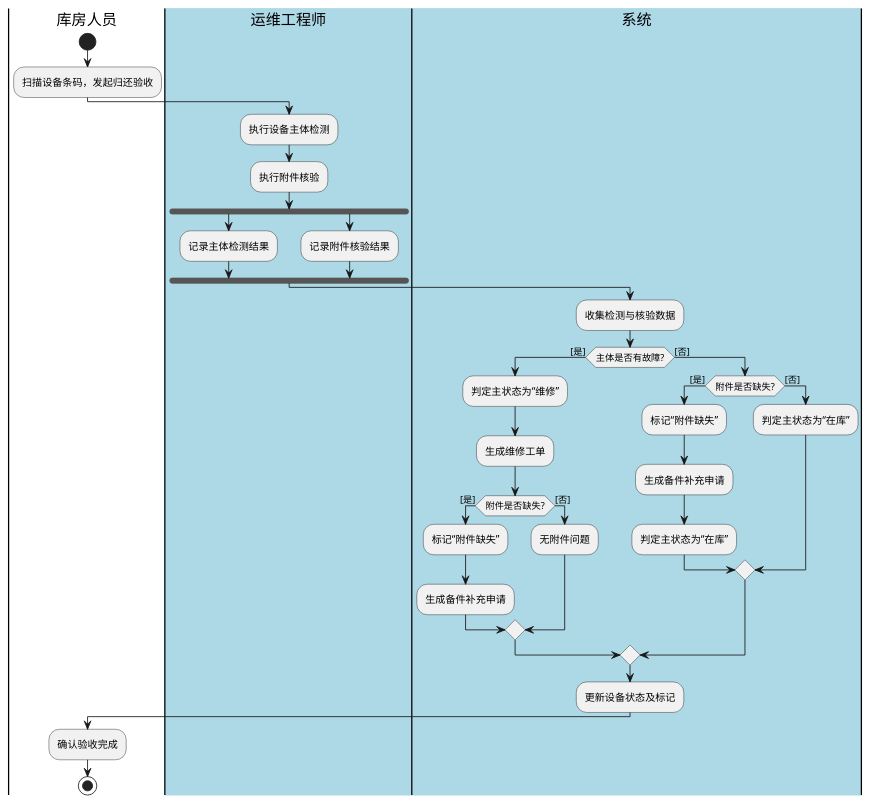
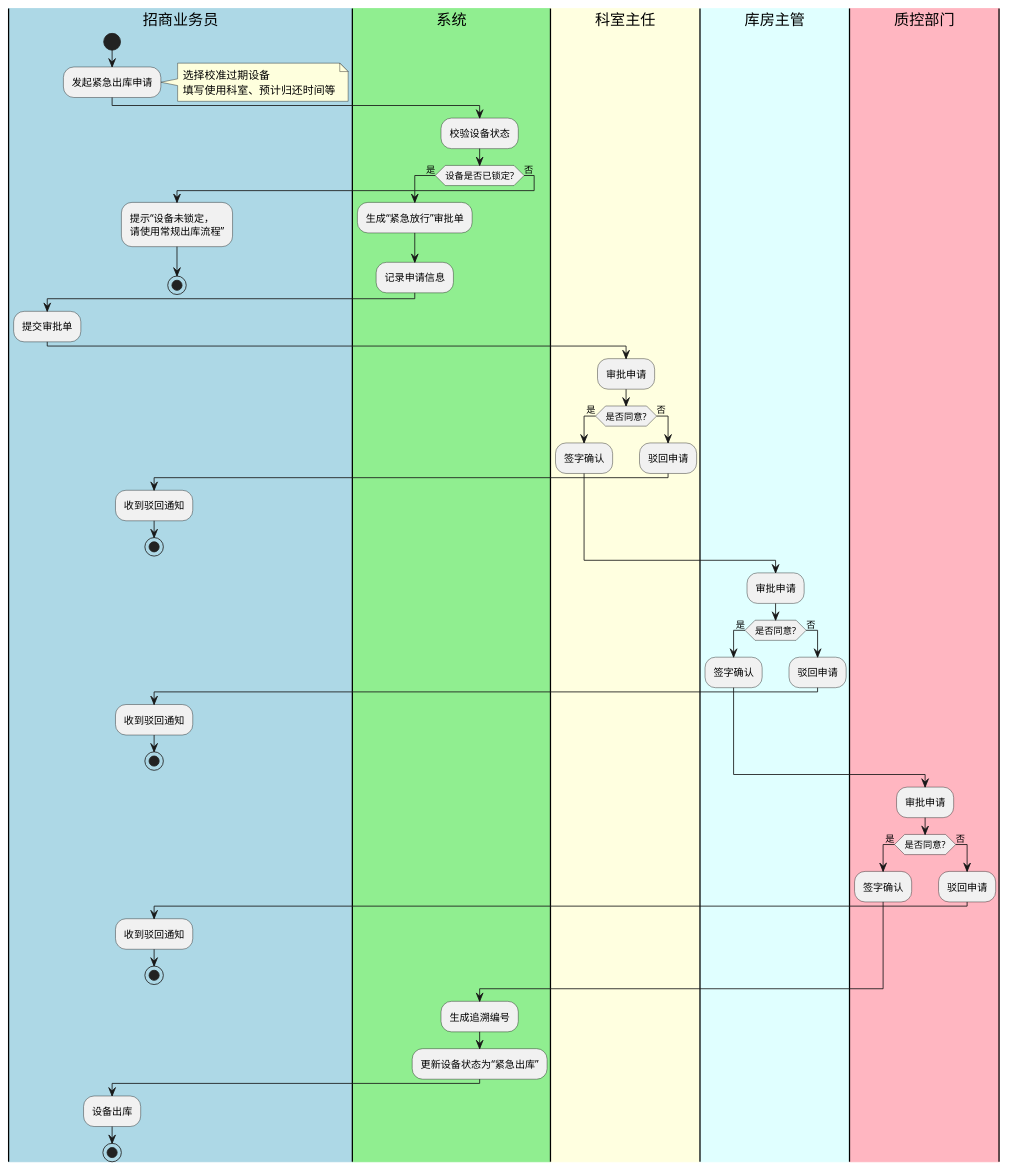
Before and after one commit to JiangHuanzhen/medical-device-rental-system: the first of 5 diagrams in .claude/knowledge-base/wiki/summaries/行为模型图-20260626-v4.puml, drawn with PlantUML. The commit also changed other lines of this file and 223 other files, not shown here.

```diff
--- a/.claude/knowledge-base/wiki/summaries/行为模型图-20260626-v4.puml
+++ b/.claude/knowledge-base/wiki/summaries/行为模型图-20260626-v4.puml
@@ -1,38 +1,59 @@
 @startuml
-|库房人员|
+|#LightBlue|招商业务员|
 start
-:扫描设备条码，发起归还验收;
-|#LightBlue|运维工程师|
-:执行设备主体检测;
-:执行附件核验;
-fork
-  :记录主体检测结果;
-fork again
-  :记录附件核验结果;
-end fork
-|#LightBlue|系统|
-:收集检测与核验数据;
-if (主体是否有故障?) then ([是])
-  :判定主状态为“维修”;
-  :生成维修工单;
-  if (附件是否缺失?) then ([是])
-    :标记“附件缺失”;
-    :生成备件补充申请;
-  else ([否])
-    :无附件问题;
-  endif
-else ([否])
-  if (附件是否缺失?) then ([是])
-    :标记“附件缺失”;
-    :生成备件补充申请;
-    :判定主状态为“在库”;
-  else ([否])
-    :判定主状态为“在库”;
-  endif
+:发起紧急出库申请;
+note right: 选择校准过期设备\n填写使用科室、预计归还时间等
+|#LightGreen|系统|
+:校验设备状态;
+if (设备是否已锁定?) then (是)
+  :生成“紧急放行”审批单;
+  :记录申请信息;
+  |#LightBlue|招商业务员|
+  :提交审批单;
+else (否)
+  |#LightBlue|招商业务员|
+  :提示“设备未锁定，\n请使用常规出库流程”;
+  stop
 endif
-:更新设备状态及标记;
-|库房人员|
-:确认验收完成;
+
+|#LightYellow|科室主任|
+:审批申请;
+if (是否同意?) then (是)
+  :签字确认;
+else (否)
+  :驳回申请;
+  |#LightBlue|招商业务员|
+  :收到驳回通知;
+  stop
+endif
+
+|#LightCyan|库房主管|
+:审批申请;
+if (是否同意?) then (是)
+  :签字确认;
+else (否)
+  :驳回申请;
+  |#LightBlue|招商业务员|
+  :收到驳回通知;
+  stop
+endif
+
+|#LightPink|质控部门|
+:审批申请;
+if (是否同意?) then (是)
+  :签字确认;
+else (否)
+  :驳回申请;
+  |#LightBlue|招商业务员|
+  :收到驳回通知;
+  stop
+endif
+
+|#LightGreen|系统|
+:生成追溯编号;
+:更新设备状态为“紧急出库”;
+|#LightBlue|招商业务员|
+:设备出库;
 stop
 
 @enduml
```
